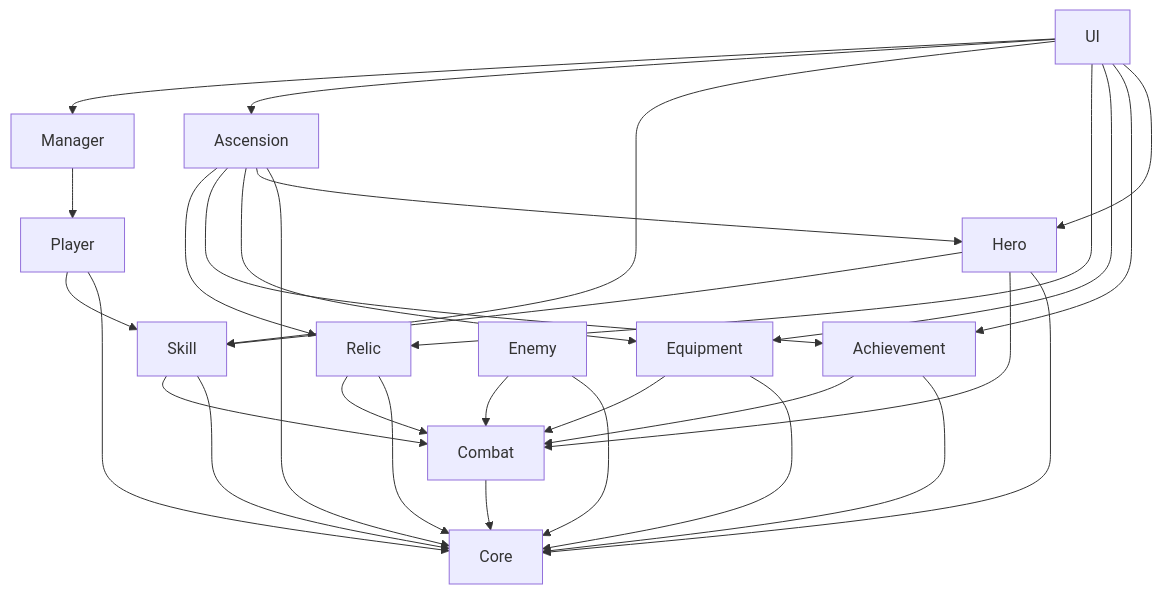
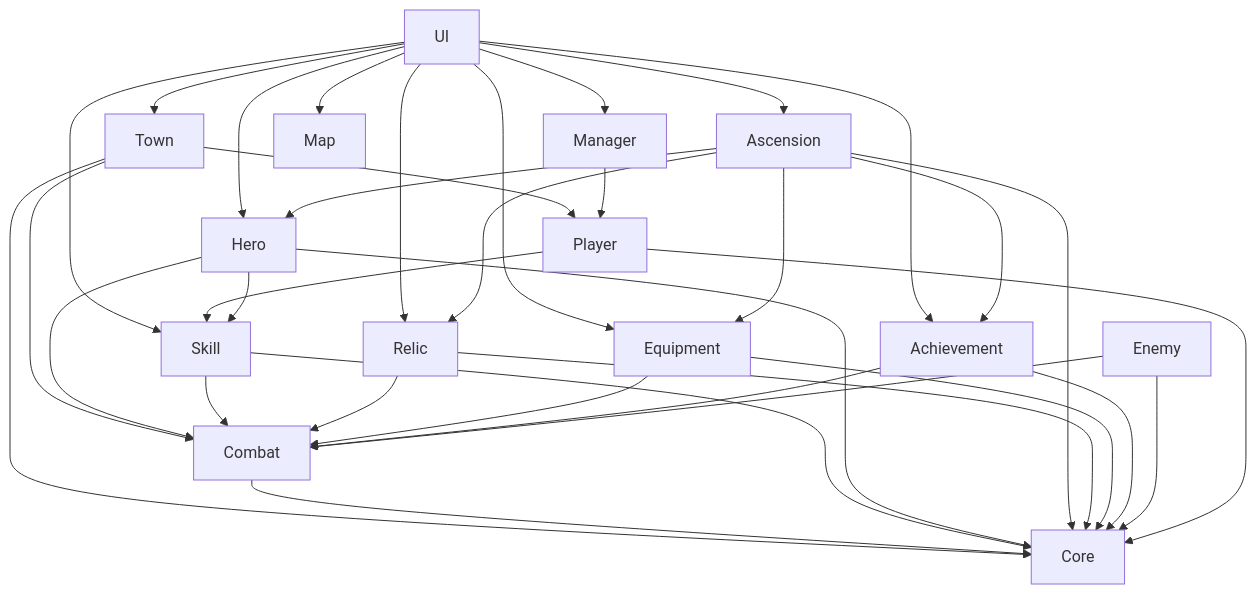
The first of 17 diagrams in Docs/ClassDiagram.md (lwy0810/BROKEN-SOVEREIGN), drawn with Mermaid before and after one commit. The commit also changed other lines of this file and 3 other files, not shown here.

````diff
--- a/Docs/ClassDiagram.md
+++ b/Docs/ClassDiagram.md
@@ -32,32 +32,37 @@
 ```mermaid
 flowchart TD
     UI --> Manager
     UI --> Ascension
     UI --> Skill
     UI --> Relic
     UI --> Equipment
     UI --> Achievement
     UI --> Hero
+    UI --> Town
+    UI --> Map
+    Town --> Player
+    Town --> Combat
+    Town --> Core
     Manager --> Player
     Player --> Skill
     Hero --> Skill
     Hero --> Combat
     Skill --> Combat
     Ascension --> Relic
     Ascension --> Achievement
     Ascension --> Equipment
     Ascension --> Hero
     Relic --> Combat
     Equipment --> Combat
     Achievement --> Combat
     Enemy --> Combat
     Combat --> Core
     Skill --> Core
     Hero --> Core
     Ascension --> Core
     Relic --> Core
     Equipment --> Core
     Achievement --> Core
     Enemy --> Core
     Player --> Core
 ```
````
